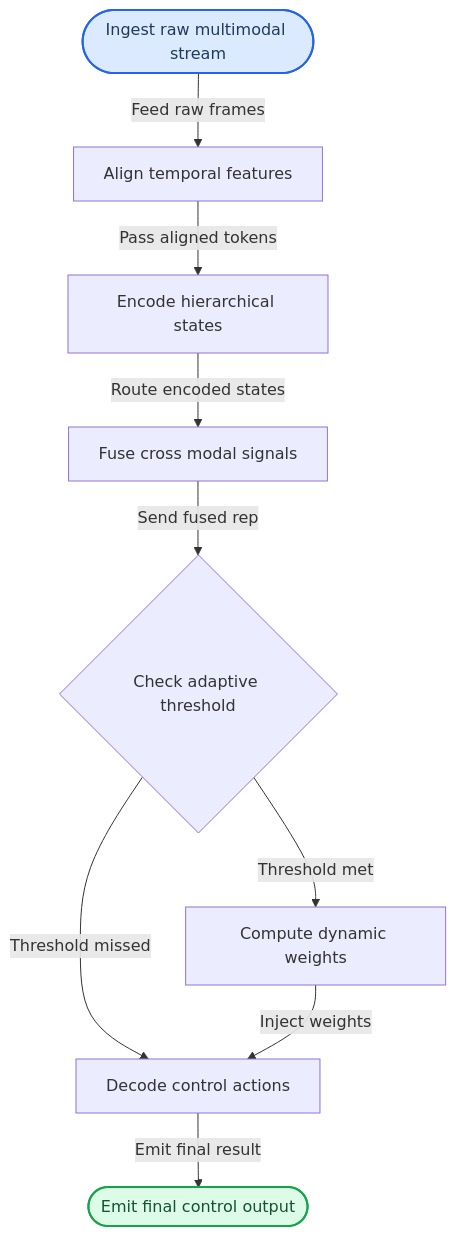
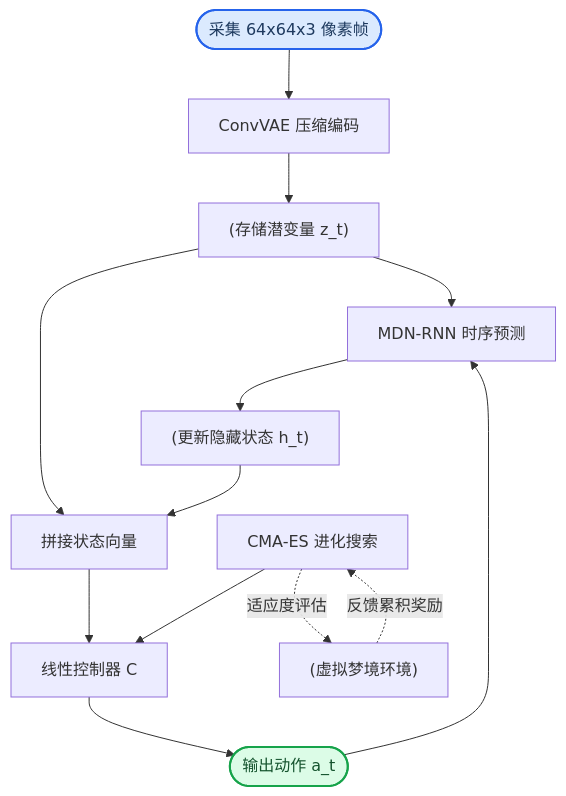
Before and after one commit to ShinewineW/paper-rolling: the third of 11 diagrams in person_vault/2026-06-08_WorldModels_1803.10122/report.md, drawn with Mermaid. The commit also changed other lines of this file and 51 other files, not shown here.

````diff
--- a/person_vault/2026-06-08_WorldModels_1803.10122/report.md
+++ b/person_vault/2026-06-08_WorldModels_1803.10122/report.md
@@ -123,26 +172,21 @@
 ```mermaid
 flowchart TB
-  start_node(["Ingest raw multimodal stream"])
-  aligner["Align temporal features"]
-  encoder["Encode hierarchical states"]
-  fuser["Fuse cross modal signals"]
-  gate{Check adaptive threshold}
-  controller["Compute dynamic weights"]
-  decoder["Decode control actions"]
-  end_node(["Emit final control output"])
+  raw_frames(["采集 64x64x3 像素帧"]) --> conv_vae["ConvVAE 压缩编码"]
+  conv_vae --> latent_z["(存储潜变量 z_t)"]
+  latent_z --> mdn_rnn["MDN-RNN 时序预测"]
+  action_a(["输出动作 a_t"]) --> mdn_rnn
+  mdn_rnn --> hidden_h["(更新隐藏状态 h_t)"]
+  latent_z --> concat_vec["拼接状态向量"]
+  hidden_h --> concat_vec
+  concat_vec --> linear_ctrl["线性控制器 C"]
+  linear_ctrl --> action_a
+  cma_es["CMA-ES 进化搜索"] -.适应度评估.-> dream_env["(虚拟梦境环境)"]
+  dream_env -.反馈累积奖励.-> cma_es
+  cma_es --> linear_ctrl
 
-  start_node -->|Feed raw frames| aligner
-  aligner -->|Pass aligned tokens| encoder
-  encoder -->|Route encoded states| fuser
-  fuser -->|Send fused rep| gate
-  gate -->|Threshold met| controller
-  gate -->|Threshold missed| decoder
-  controller -->|Inject weights| decoder
-  decoder -->|Emit final result| end_node
-
-  class start_node required
-  class end_node output
   classDef required fill:#dbeafe,stroke:#2563eb,stroke-width:2px,color:#1e3a5f
   classDef output fill:#dcfce7,stroke:#16a34a,stroke-width:2px,color:#14532d
   classDef optional fill:#fef9c3,stroke:#ca8a04,stroke-width:2px,color:#713f12
+  class raw_frames required
+  class action_a output
 ```
````
